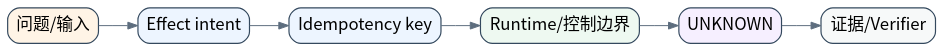
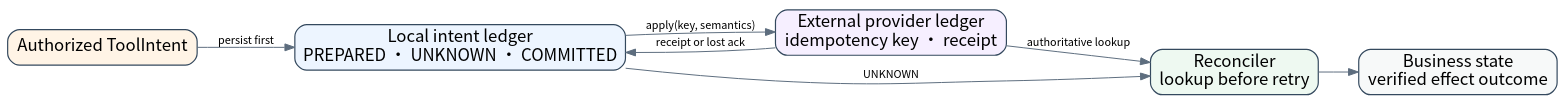
Before and after one commit to william-lbn/aiagentsystem: the diagram in book/assets/diagrams/33-effect-recovery-architecture.dot, drawn with Graphviz. The commit also changed 115 other files, not shown here.

```diff
--- a/book/assets/diagrams/33-effect-recovery-architecture.dot
+++ b/book/assets/diagrams/33-effect-recovery-architecture.dot
@@ -1,16 +1,16 @@
 digraph G {
 graph [rankdir=LR,bgcolor="transparent",pad="0.15",nodesep="0.4",ranksep="0.55"];
 node [shape=box,style="rounded,filled",fontname="Noto Sans CJK SC",fontsize=17,color="#34495e",penwidth=1.2];
 edge [fontname="Noto Sans CJK SC",fontsize=11,color="#5d6d7e"];
-n0 [label="问题/输入",fillcolor="#fff4e6"];
-n1 [label="Effect intent",fillcolor="#edf5ff"];
-n2 [label="Idempotency key",fillcolor="#edf5ff"];
-n3 [label="Runtime/控制边界",fillcolor="#eef9f1"];
-n4 [label="UNKNOWN",fillcolor="#f6efff"];
-n5 [label="证据/Verifier",fillcolor="#f7f9f9"];
-n0->n1;
-n1->n2;
-n2->n3;
-n3->n4;
-n4->n5;
+agent [label="Authorized ToolIntent",fillcolor="#fff4e6"];
+local [label="Local intent ledger\nPREPARED · UNKNOWN · COMMITTED",fillcolor="#edf5ff"];
+provider [label="External provider ledger\nidempotency key · receipt",fillcolor="#f6efff"];
+coordinator [label="Reconciler\nlookup before retry",fillcolor="#eef9f1"];
+business [label="Business state\nverified effect outcome",fillcolor="#f7f9f9"];
+agent->local [label="persist first"];
+local->provider [label="apply(key, semantics)"];
+provider->local [label="receipt or lost ack"];
+local->coordinator [label="UNKNOWN"];
+provider->coordinator [label="authoritative lookup"];
+coordinator->business;
 }
```
